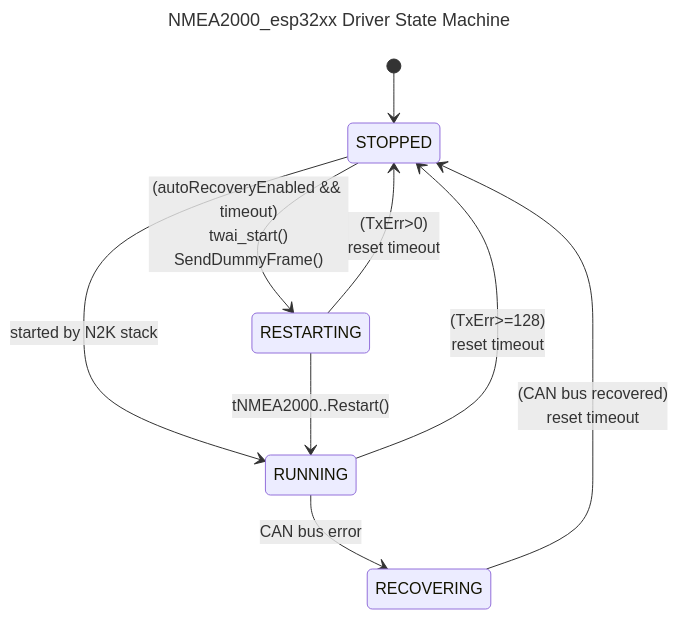
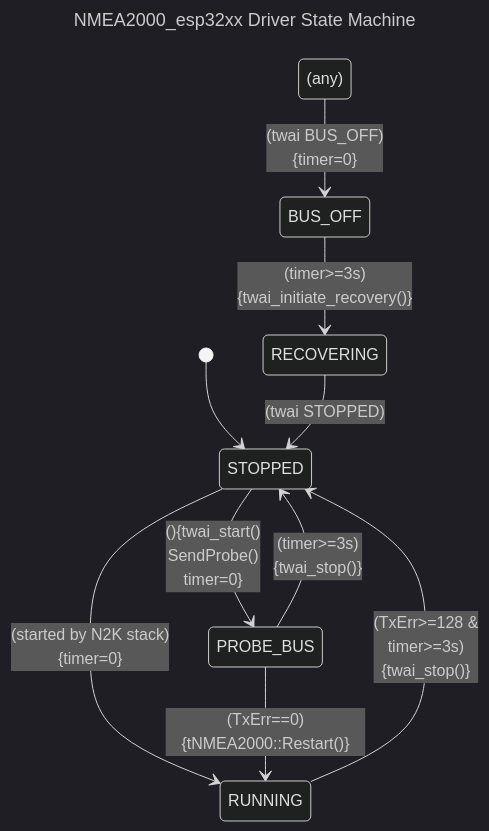
The diagram in README.md (phatpaul/NMEA2000_esp32_autorestart), drawn with Mermaid before and after one commit. The commit also changed other lines of this file and 2 other files, not shown here.

Commit message:
Improved restart logic to fix #5 - Startup issue when only like devices on the bus.

````diff
--- a/README.md
+++ b/README.md
@@ -13,19 +13,21 @@
 ```mermaid
 ---
 title: NMEA2000_esp32xx Driver State Machine
+config: 
+  theme: 'dark'
 ---
 stateDiagram-v2
 
     [*] --> STOPPED
+    STOPPED --> PROBE_BUS: (){twai_start()<br>SendProbe()<br>timer=0}
+    STOPPED --> RUNNING: (started by N2K stack)<br>{timer=0}
     
-    STOPPED --> RESTARTING: (autoRecoveryEnabled && timeout)<br/>twai_start()<br/>SendDummyFrame()
-    STOPPED --> RUNNING: started by N2K stack
+    PROBE_BUS --> RUNNING: (TxErr==0){tNMEA2000#58;#58;Restart()}
+    PROBE_BUS --> STOPPED: (timer>=3s)<br>{twai_stop()}
     
-    RESTARTING --> RUNNING: tNMEA2000..Restart()
-    RESTARTING --> STOPPED: (TxErr>0)<br/>reset timeout
+    RUNNING --> STOPPED: (TxErr>=128 &<br>timer>=3s)<br>{twai_stop()}
     
-    RUNNING --> RECOVERING: CAN bus error
-    RUNNING --> STOPPED: (TxErr>=128)<br/>reset timeout
-    
-    RECOVERING --> STOPPED: (CAN bus recovered)<br/>reset timeout
+    RECOVERING --> STOPPED: (twai STOPPED)
+    (any) --> BUS_OFF: (twai BUS_OFF)<br>{timer=0}
+    BUS_OFF --> RECOVERING: (timer>=3s)<br>{twai_initiate_recovery()}
 ```
````
